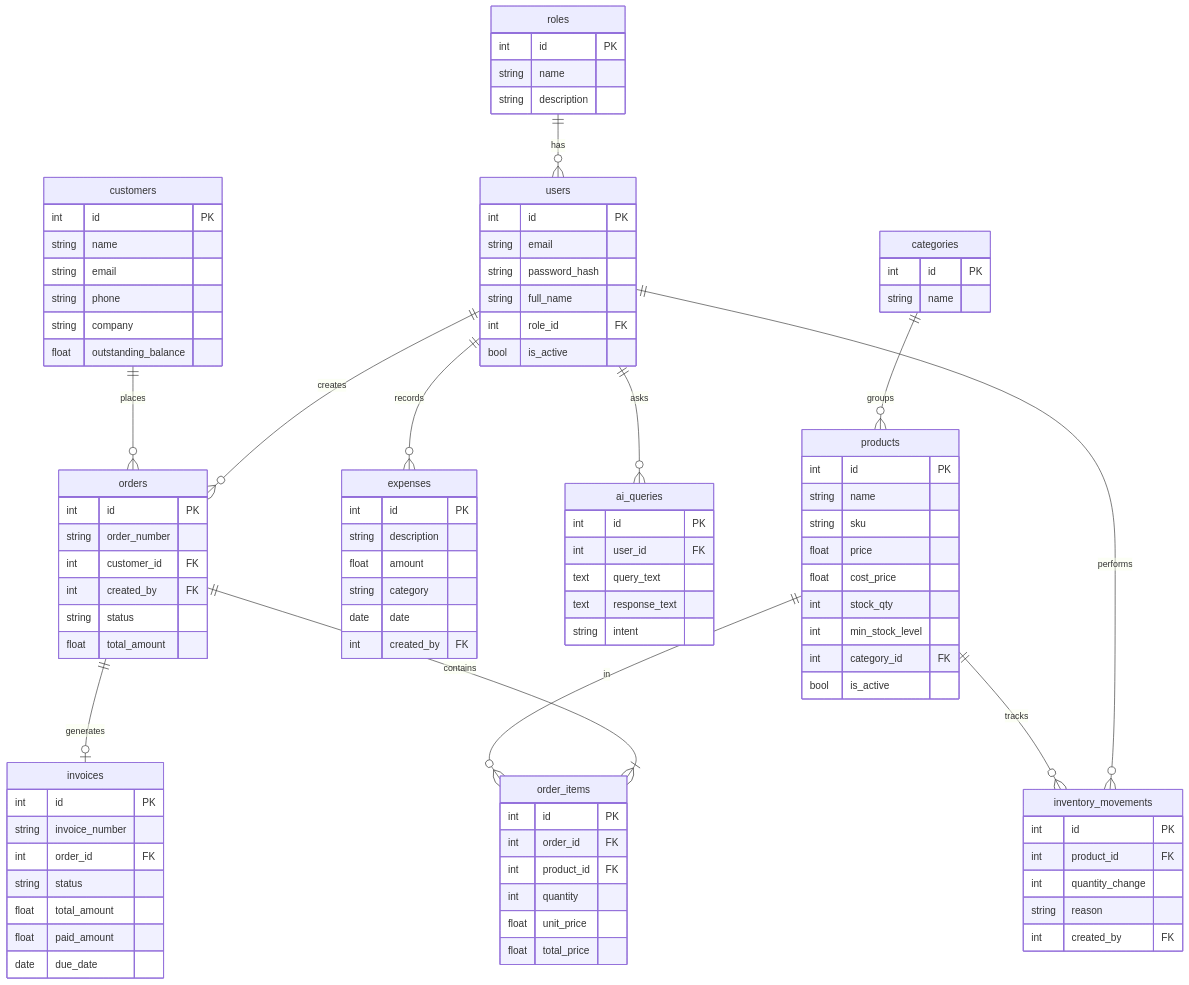
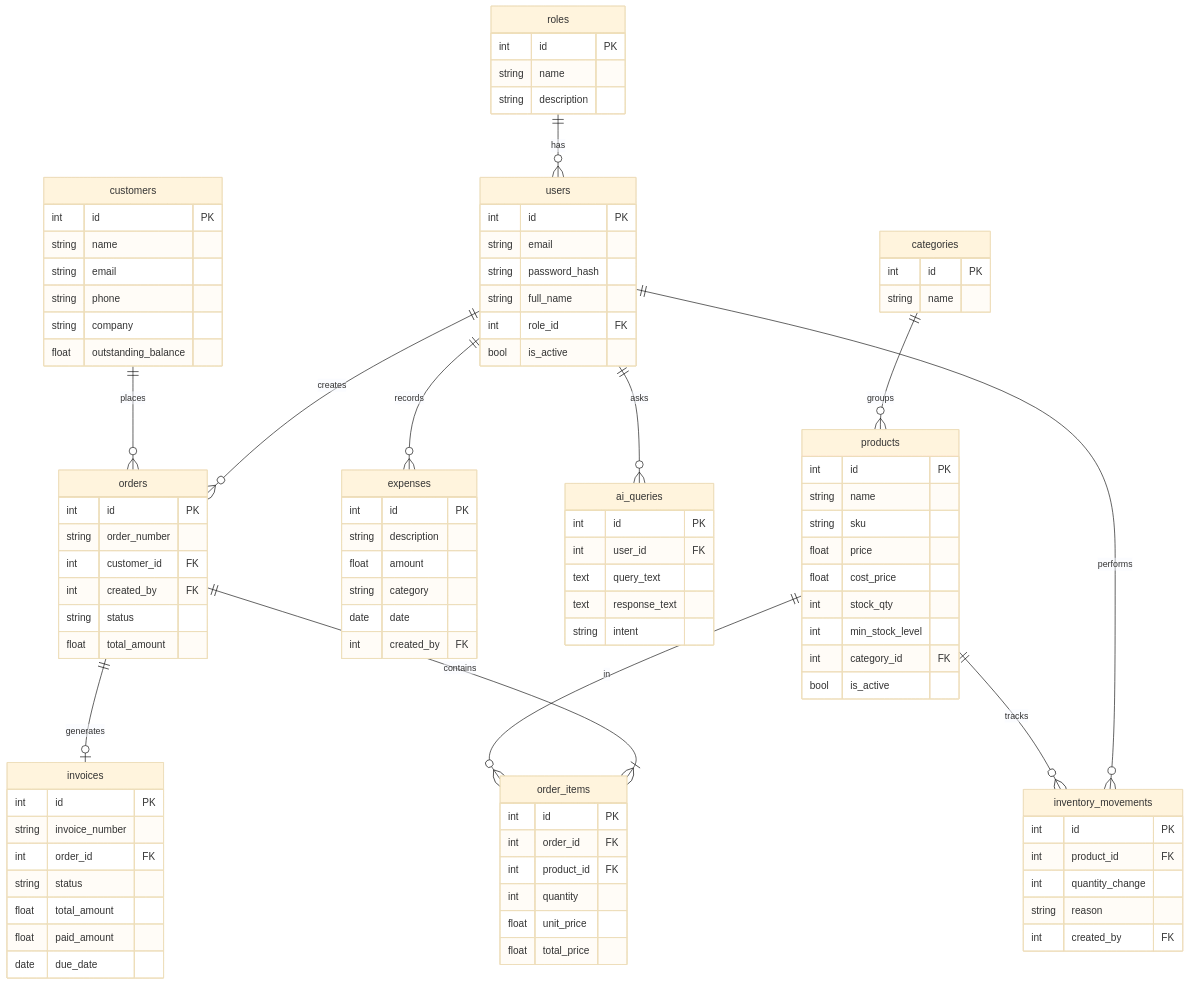
One commit to hyperS777/BizAI changed the diagram in docs/design-diagrams/10-er-diagram.mmd. Above: the diagram before and after it, drawn with Mermaid. The commit also changed 31 other files, not shown here.

Commit message:
docs: add system design diagrams and Visio rebuild guides

```diff
--- a/docs/design-diagrams/10-er-diagram.mmd
+++ b/docs/design-diagrams/10-er-diagram.mmd
@@ -1,106 +1,107 @@
+%%{init: {'theme': 'base', 'er': {'layoutDirection': 'LR', 'minEntityWidth': 150, 'minEntityHeight': 150}}}%%
 erDiagram
     roles ||--o{ users : "has"
     users ||--o{ orders : "creates"
     users ||--o{ expenses : "records"
     users ||--o{ ai_queries : "asks"
     users ||--o{ inventory_movements : "performs"
     customers ||--o{ orders : "places"
     categories ||--o{ products : "groups"
     orders ||--|{ order_items : "contains"
     products ||--o{ order_items : "in"
     orders ||--o| invoices : "generates"
     products ||--o{ inventory_movements : "tracks"
 
     roles {
         int id PK
         string name
         string description
     }
 
     users {
         int id PK
         string email
         string password_hash
         string full_name
         int role_id FK
         bool is_active
     }
 
     customers {
         int id PK
         string name
         string email
         string phone
         string company
         float outstanding_balance
     }
 
     categories {
         int id PK
         string name
     }
 
     products {
         int id PK
         string name
         string sku
         float price
         float cost_price
         int stock_qty
         int min_stock_level
         int category_id FK
         bool is_active
     }
 
     orders {
         int id PK
         string order_number
         int customer_id FK
         int created_by FK
         string status
         float total_amount
     }
 
     order_items {
         int id PK
         int order_id FK
         int product_id FK
         int quantity
         float unit_price
         float total_price
     }
 
     invoices {
         int id PK
         string invoice_number
         int order_id FK
         string status
         float total_amount
         float paid_amount
         date due_date
     }
 
     expenses {
         int id PK
         string description
         float amount
         string category
         date date
         int created_by FK
     }
 
     inventory_movements {
         int id PK
         int product_id FK
         int quantity_change
         string reason
         int created_by FK
     }
 
     ai_queries {
         int id PK
         int user_id FK
         text query_text
         text response_text
         string intent
     }
```
